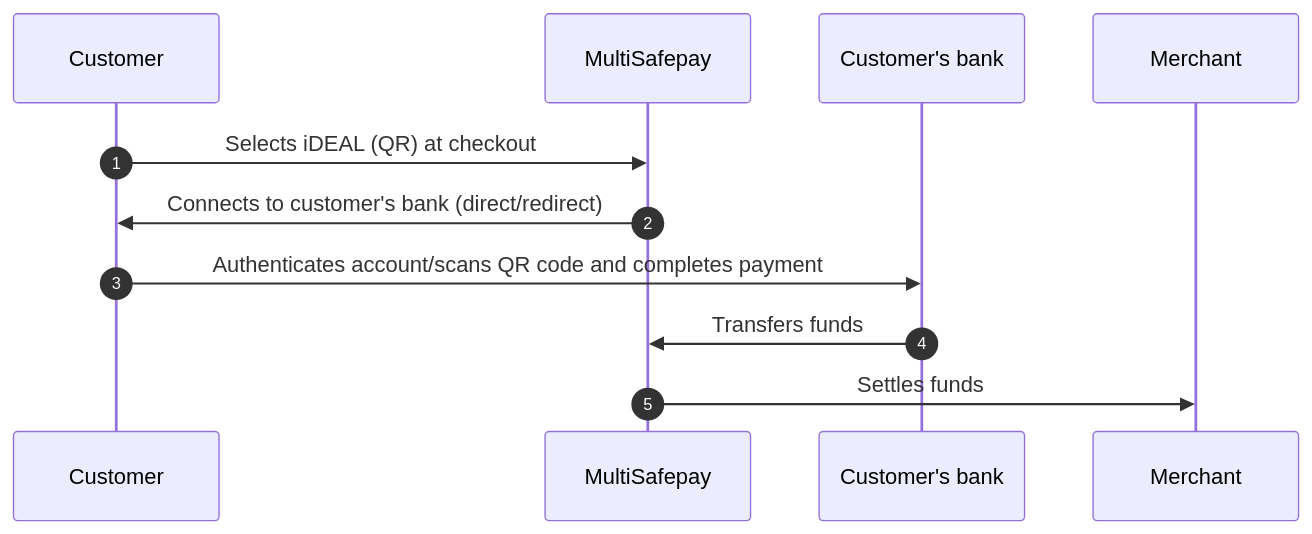
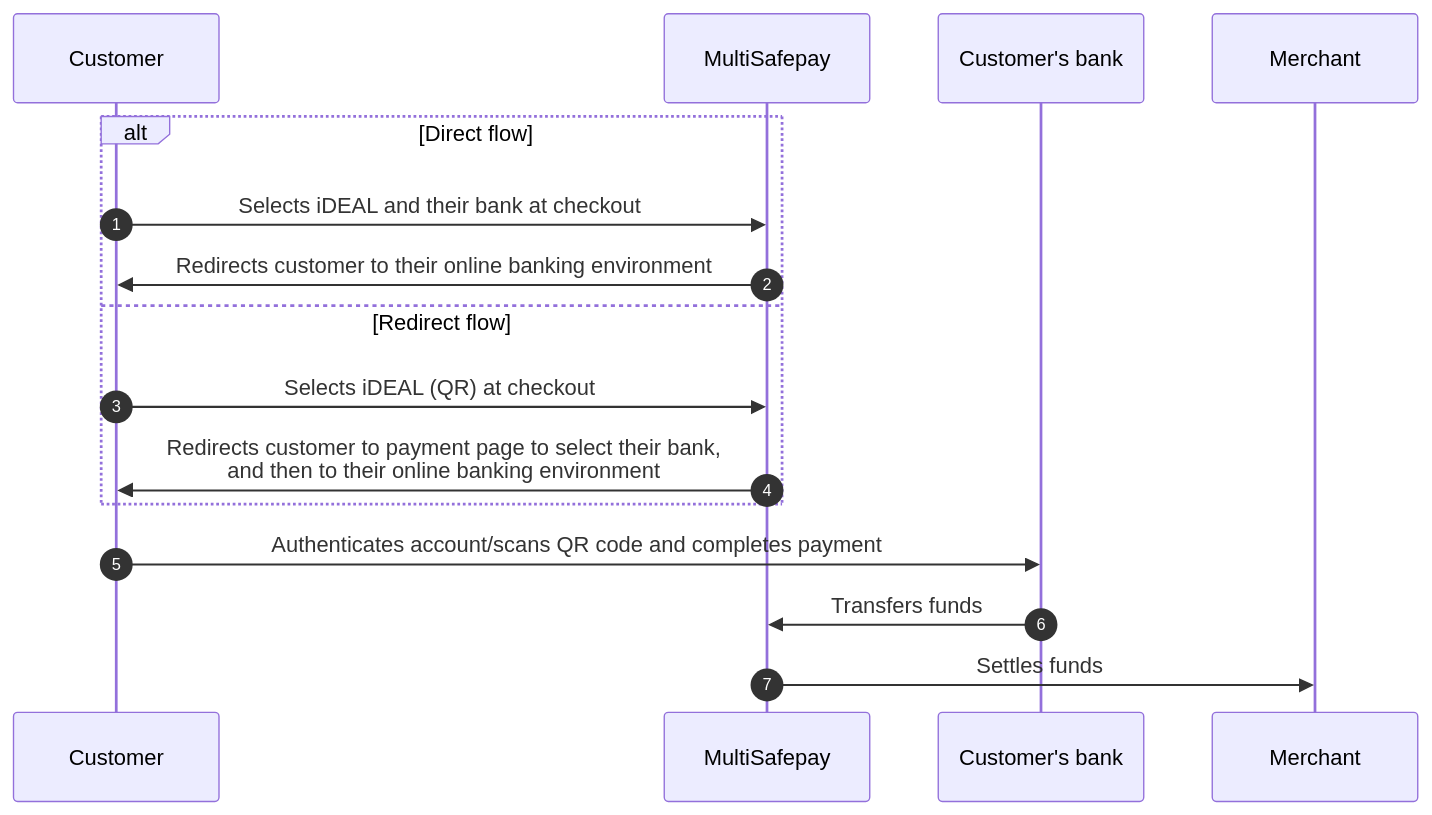
One commit to MultiSafepay/docs changed the diagram in content/payments/methods/banks/ideal/payment-flow.md. Above: the diagram before and after it, drawn with Mermaid. The commit also changed other lines of this file and 20 other files, not shown here.

```diff
--- a/content/payments/methods/banks/ideal/payment-flow.md
+++ b/content/payments/methods/banks/ideal/payment-flow.md
@@ -17,16 +17,21 @@
 {{< mermaid class="text-center" >}}
 
 sequenceDiagram
     autonumber
     participant C as Customer
     participant Mu as MultiSafepay
     participant CB as Customer's bank
     participant Me as Merchant
 
+    alt Direct flow
+    C->>Mu: Selects iDEAL and their bank at checkout
+    Mu->>C: Redirects customer to their online banking environment
+    else Redirect flow
     C->>Mu: Selects iDEAL (QR) at checkout
-    Mu->>C: Connects to customer's bank (direct/redirect)
+    Mu->>C: Redirects customer to payment page to select their bank, <br> and then to their online banking environment
+    end
     C->>CB: Authenticates account/scans QR code and completes payment
     CB->>Mu: Transfers funds 
     Mu->>Me: Settles funds
 
 {{< /mermaid >}}
```
